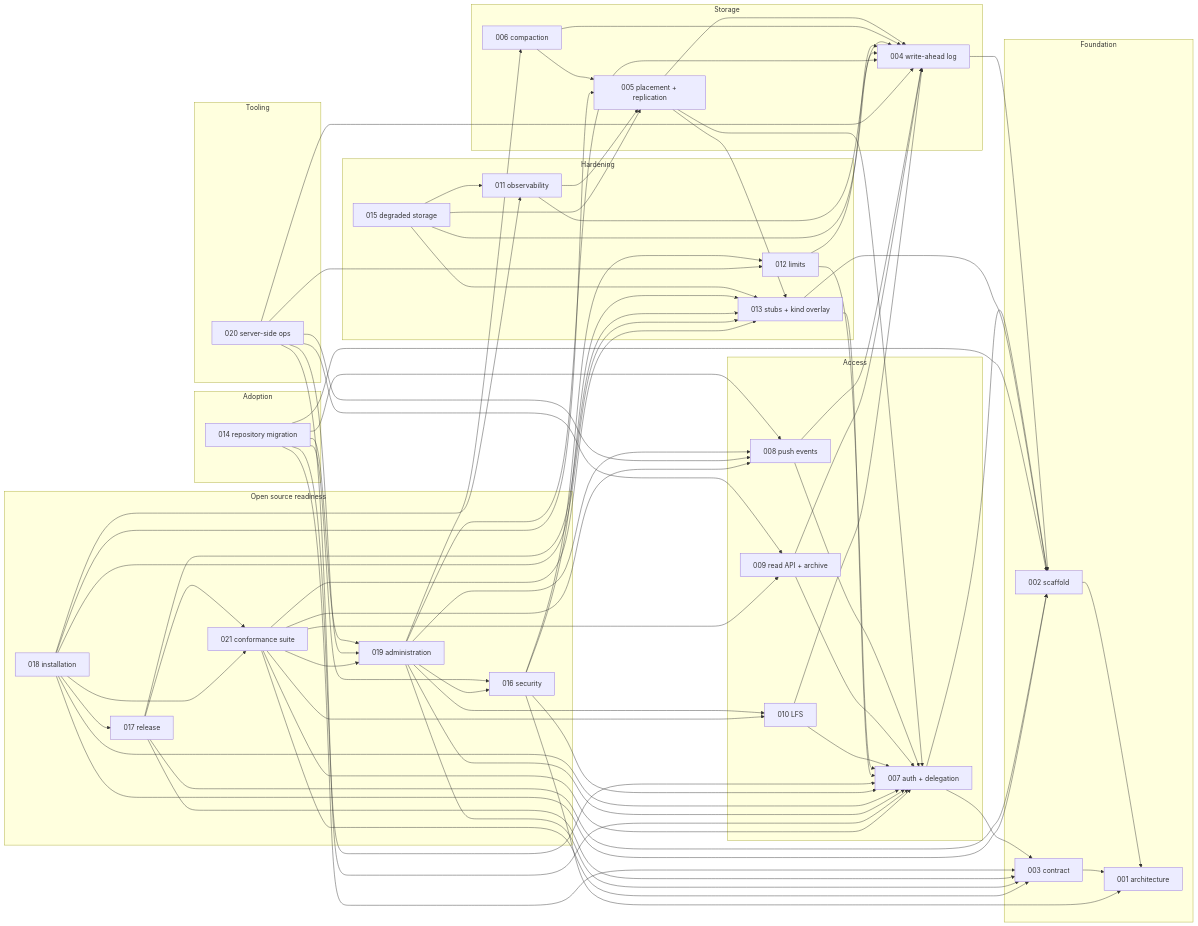
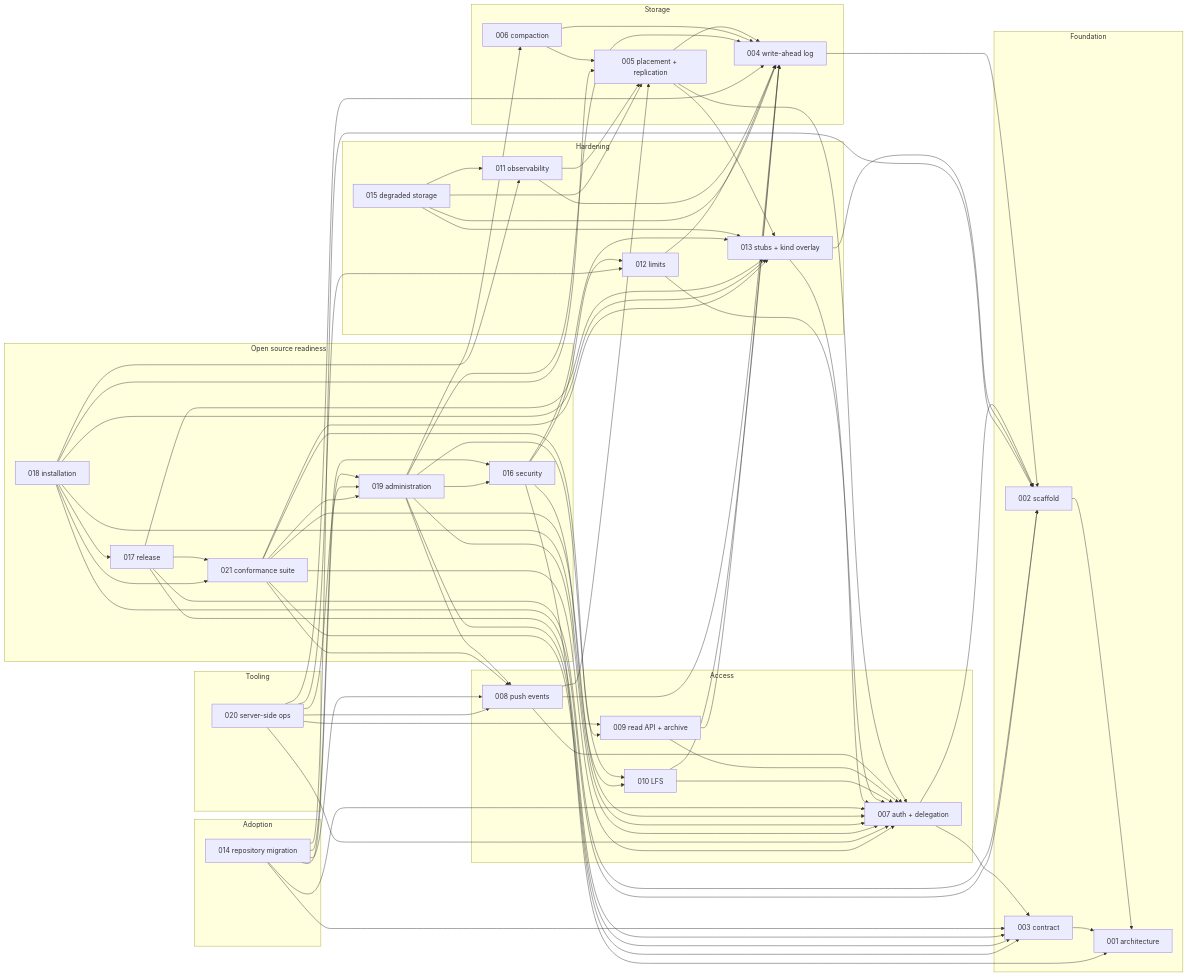
One commit to latere-ai/origo changed the second of 2 diagrams in specs/README.md. Above: the diagram before and after it, drawn with Mermaid. The commit also changed other lines of this file and 1 other file, not shown here.

```diff
--- a/specs/README.md
+++ b/specs/README.md
@@ -116,6 +116,7 @@
   S007 --> S002
   S007 --> S003
   S008 --> S004
+  S008 --> S005
   S008 --> S007
   S009 --> S004
   S009 --> S007
```
